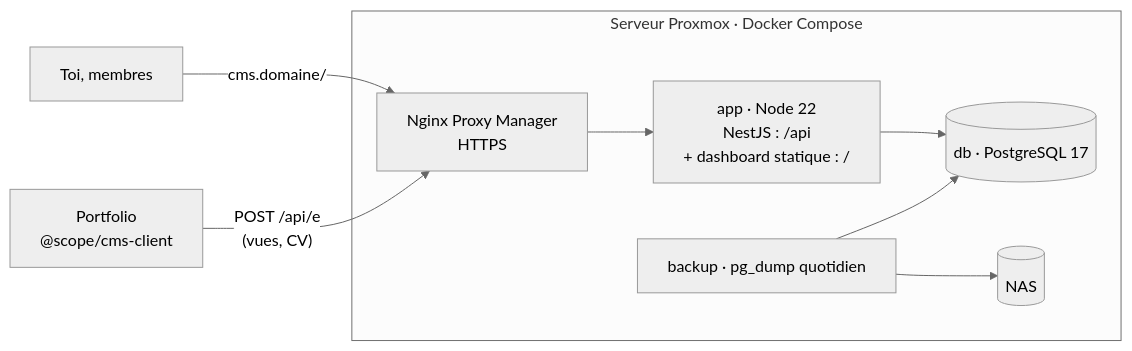
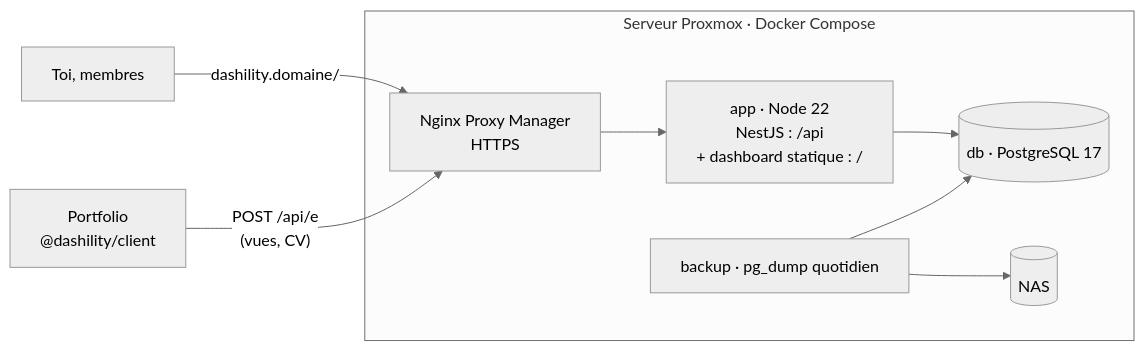
The first of 2 diagrams in docs/07-architecture-technique.md (K0Konut/Headless_CMS), drawn with Mermaid (neutral theme) before and after one commit. The commit also changed other lines of this file and 3 other files, not shown here.

First line of the commit message:
docs: nomme le CMS Dashility

````diff
--- a/docs/07-architecture-technique.md
+++ b/docs/07-architecture-technique.md
@@ -9,11 +9,11 @@
 ```mermaid
 flowchart LR
     subgraph Serveur["Serveur Proxmox · Docker Compose"]
         NPM["Nginx Proxy Manager<br/>HTTPS"] --> APP["app · Node 22<br/>NestJS : /api<br/>+ dashboard statique : /"]
         APP --> DB[("db · PostgreSQL 17")]
         BK["backup · pg_dump quotidien"] --> DB
         BK --> NAS[("NAS")]
     end
-    U["Toi, membres"] -- "cms.domaine/" --> NPM
-    SITE["Portfolio<br/>@scope/cms-client"] -- "POST /api/e<br/>(vues, CV)" --> NPM
+    U["Toi, membres"] -- "dashility.domaine/" --> NPM
+    SITE["Portfolio<br/>@dashility/client"] -- "POST /api/e<br/>(vues, CV)" --> NPM
 ```
````
